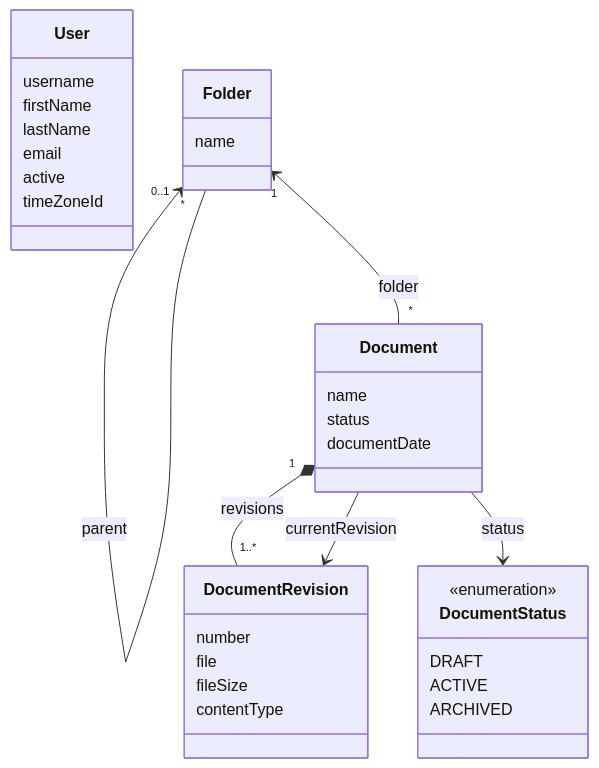
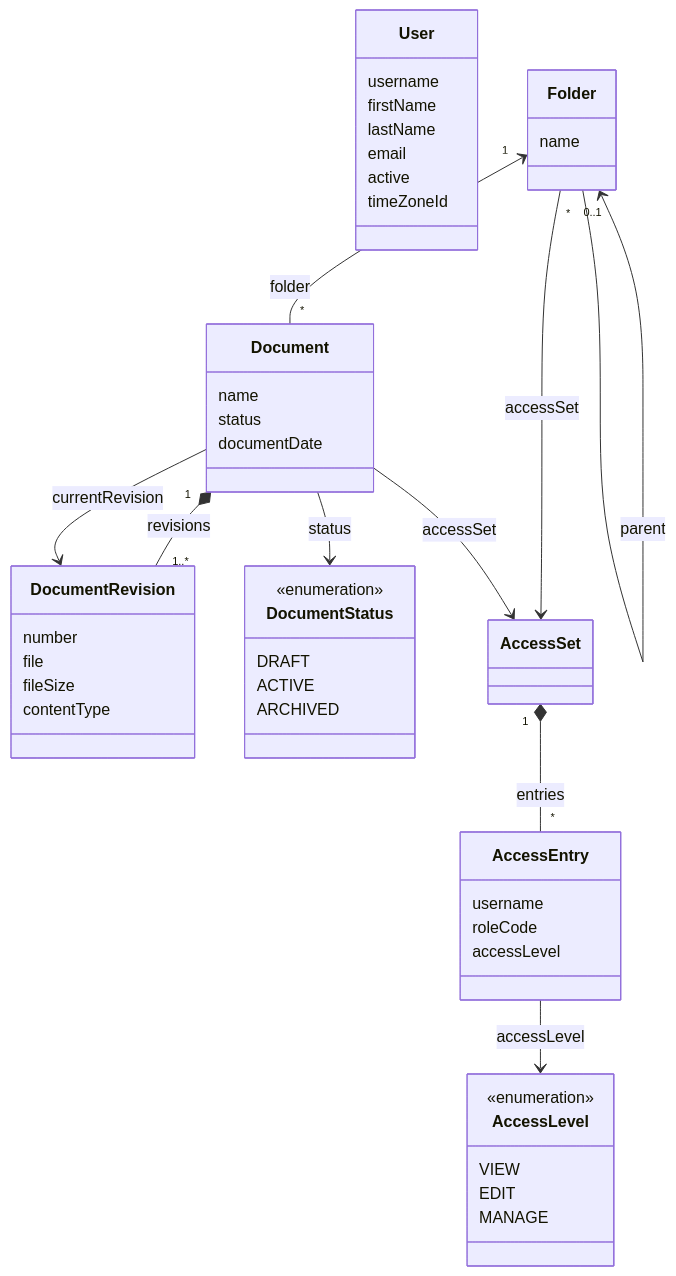
Before and after one commit to jmix-framework/jmix-docai: the diagram in README.md, drawn with Mermaid. The commit also changed other lines of this file and 52 other files, not shown here.

Commit message:
[Step 3] Folder and document access

````diff
--- a/README.md
+++ b/README.md
@@ -125,36 +126,52 @@
 ```mermaid
 classDiagram
     class User {
         username
         firstName
         lastName
         email
         active
         timeZoneId
     }
     class Folder {
         name
     }
     class Document {
         name
         status
         documentDate
     }
     class DocumentRevision {
         number
         file
         fileSize
         contentType
     }
     class DocumentStatus {
         <<enumeration>>
         DRAFT
         ACTIVE
         ARCHIVED
     }
+    class AccessSet
+    class AccessEntry {
+        username
+        roleCode
+        accessLevel
+    }
+    class AccessLevel {
+        <<enumeration>>
+        VIEW
+        EDIT
+        MANAGE
+    }
     Folder "0..1" <-- "*" Folder : parent
     Folder "1" <-- "*" Document : folder
     Document "1" *-- "1..*" DocumentRevision : revisions
     Document --> DocumentRevision : currentRevision
     Document --> DocumentStatus : status
+    Folder --> AccessSet : accessSet
+    Document --> AccessSet : accessSet
+    AccessSet "1" *-- "*" AccessEntry : entries
+    AccessEntry --> AccessLevel : accessLevel
 ```
````
